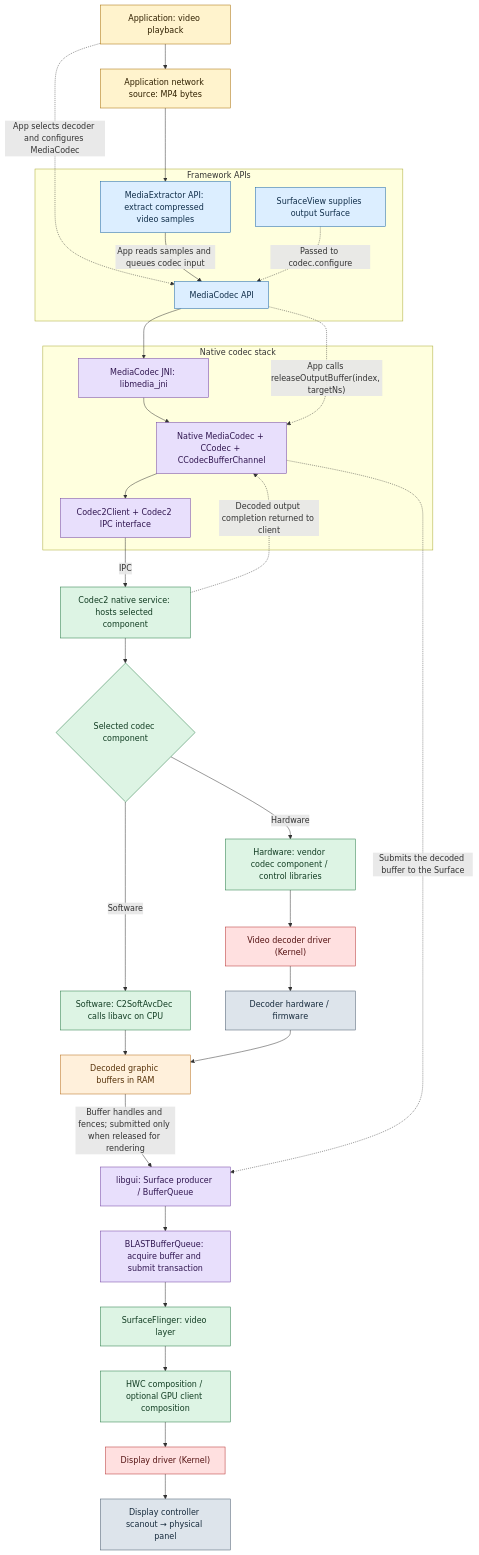
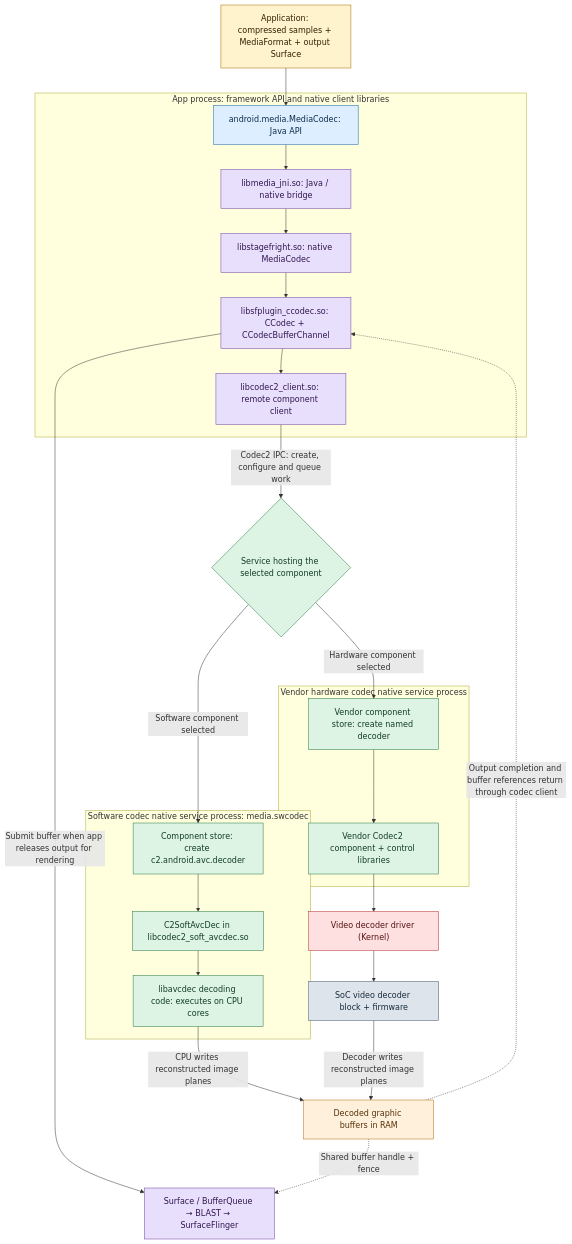
One commit to mertechlog/android-platform-graphics changed the diagram in android_online_mp4_playback.md. Above: the diagram before and after it, drawn with Mermaid. The commit also changed other lines of this file, not shown here.

````diff
--- a/android_online_mp4_playback.md
+++ b/android_online_mp4_playback.md
@@ -11,69 +11,58 @@
 ```mermaid
 flowchart TD
-    VIDEO["Application: video playback"]
-    BYTES["Application network source: MP4 bytes"]
+    APP["Application: compressed samples + MediaFormat + output Surface"]
 
-    subgraph API["Framework APIs"]
-        EXAPI["MediaExtractor API: extract compressed video samples"]
-        CODEC["MediaCodec API"]
-        SURFACE["SurfaceView supplies output Surface"]
+    subgraph CLIENTPROCESS["App process: framework API and native client libraries"]
+        API["android.media.MediaCodec: Java API"]
+        JNI["libmedia_jni.so: Java / native bridge"]
+        MC["libstagefright.so: native MediaCodec"]
+        CC["libsfplugin_ccodec.so: CCodec + CCodecBufferChannel"]
+        CLIENT["libcodec2_client.so: remote component client"]
     end
 
-    subgraph NATIVE["Native codec stack"]
-        JNI["MediaCodec JNI: libmedia_jni"]
-        MC["Native MediaCodec + CCodec + CCodecBufferChannel"]
-        CLIENT["Codec2Client + Codec2 IPC interface"]
+    ROUTE{"Service hosting the selected component"}
+
+    subgraph SOFTWARE["Software codec native service process: media.swcodec"]
+        SS["Component store: create c2.android.avc.decoder"]
+        SC["C2SoftAvcDec in libcodec2_soft_avcdec.so"]
+        LIB["libavcdec decoding code: executes on CPU cores"]
+        SS --> SC --> LIB
     end
 
-    HAL["Codec2 native service: hosts selected component"]
-    TYPE{"Selected codec component"}
-    SW["Software: C2SoftAvcDec calls libavc on CPU"]
-    HW["Hardware: vendor codec component / control libraries"]
+    subgraph VENDOR["Vendor hardware codec native service process"]
+        VS["Vendor component store: create named decoder"]
+        VC["Vendor Codec2 component + control libraries"]
+        VS --> VC
+    end
+
     DRIVER["Video decoder driver (Kernel)"]
-    ENGINE["Decoder hardware / firmware"]
-    IMAGE["Decoded graphic buffers in RAM"]
+    ENGINE["SoC video decoder block + firmware"]
+    OUTPUT["Decoded graphic buffers in RAM"]
+    RENDER["Surface / BufferQueue → BLAST → SurfaceFlinger"]
 
-    GUI["libgui: Surface producer / BufferQueue"]
-    BLAST["BLASTBufferQueue: acquire buffer and submit transaction"]
-    SF["SurfaceFlinger: video layer"]
-    DISPLAY["HWC composition / optional GPU client composition"]
-    DISPLAYDRIVER["Display driver (Kernel)"]
-    PANEL["Display controller scanout → physical panel"]
-
-    VIDEO --> BYTES
-    BYTES --> EXAPI
-    VIDEO -.->|"App selects decoder and configures MediaCodec"| CODEC
-    EXAPI -->|"App reads samples and queues codec input"| CODEC
-    SURFACE -.->|"Passed to codec.configure"| CODEC
-
-    CODEC --> JNI --> MC --> CLIENT
-    CLIENT -->|"IPC"| HAL
-    HAL --> TYPE
-    TYPE -->|"Software"| SW
-    TYPE -->|"Hardware"| HW
-    SW --> IMAGE
-    HW --> DRIVER --> ENGINE --> IMAGE
-
-    HAL -.->|"Decoded output completion returned to client"| MC
-    IMAGE -->|"Buffer handles and fences; submitted only when released for rendering"| GUI
-    CODEC -.->|"App calls releaseOutputBuffer(index, targetNs)"| MC
-    MC -.->|"Submits the decoded buffer to the Surface"| GUI
-    GUI --> BLAST --> SF --> DISPLAY
-    DISPLAY --> DISPLAYDRIVER --> PANEL
+    APP --> API --> JNI --> MC --> CC --> CLIENT
+    CLIENT -->|"Codec2 IPC: create, configure and queue work"| ROUTE
+    ROUTE -->|"Software component selected"| SS
+    ROUTE -->|"Hardware component selected"| VS
+    VC --> DRIVER --> ENGINE
+    LIB -->|"CPU writes reconstructed image planes"| OUTPUT
+    ENGINE -->|"Decoder writes reconstructed image planes"| OUTPUT
+    OUTPUT -.->|"Output completion and buffer references return through codec client"| CC
+    CC -->|"Submit buffer when app releases output for rendering"| RENDER
+    OUTPUT -.->|"Shared buffer handle + fence"| RENDER
 
     classDef app fill:#FFF3CD,stroke:#A66B00,color:#302000;
     classDef api fill:#DCEEFF,stroke:#1763A6,color:#102E4A;
     classDef native fill:#E8DFFC,stroke:#7040A0,color:#301650;
     classDef service fill:#DDF4E4,stroke:#237842,color:#123D23;
     classDef kernel fill:#FFE0E0,stroke:#B52C2C,color:#551313;
     classDef hardware fill:#DDE4EB,stroke:#44576A,color:#172B3D;
-    classDef buffer fill:#FFF0DB,stroke:#B56A16,color:#57320A;
-
-    class VIDEO,BYTES app;
-    class EXAPI,CODEC,SURFACE api;
-    class JNI,MC,CLIENT,GUI,BLAST native;
-    class HAL,TYPE,SW,HW,SF,DISPLAY service;
-    class DRIVER,DISPLAYDRIVER kernel;
-    class ENGINE,PANEL hardware;
-    class IMAGE buffer;
+    classDef memory fill:#FFF0DB,stroke:#B56A16,color:#57320A;
+    class APP app;
+    class API api;
+    class JNI,MC,CC,CLIENT,RENDER native;
+    class ROUTE,SS,SC,LIB,VS,VC service;
+    class DRIVER kernel;
+    class ENGINE hardware;
+    class OUTPUT memory;
 ```
````
